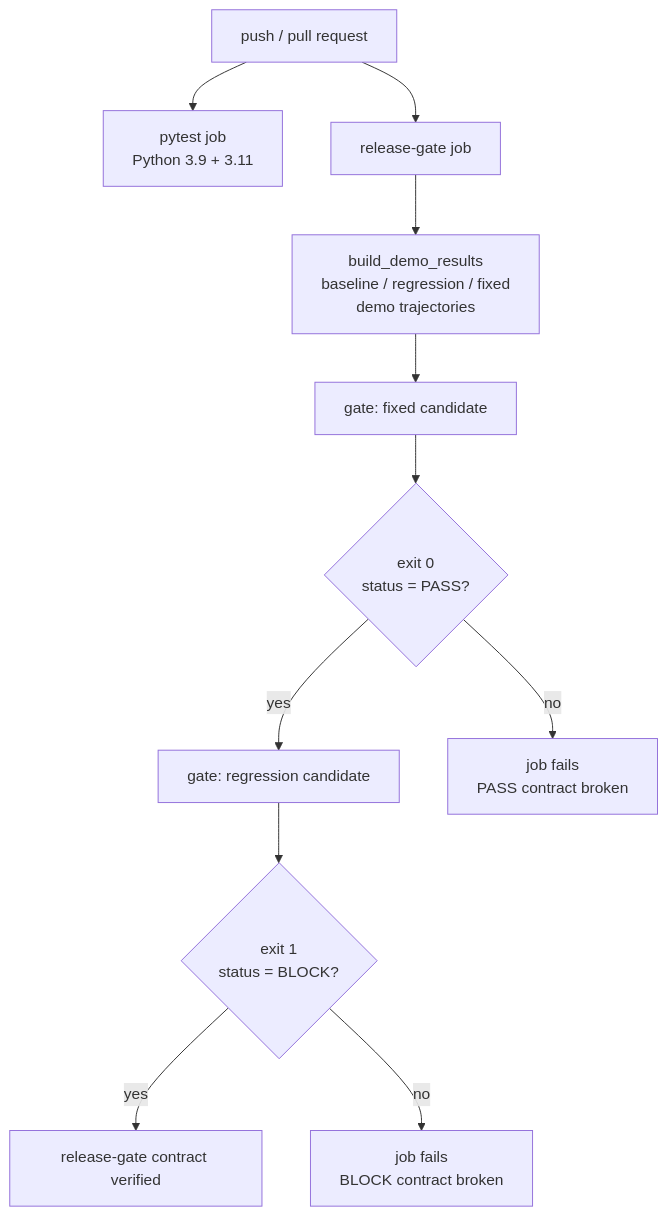
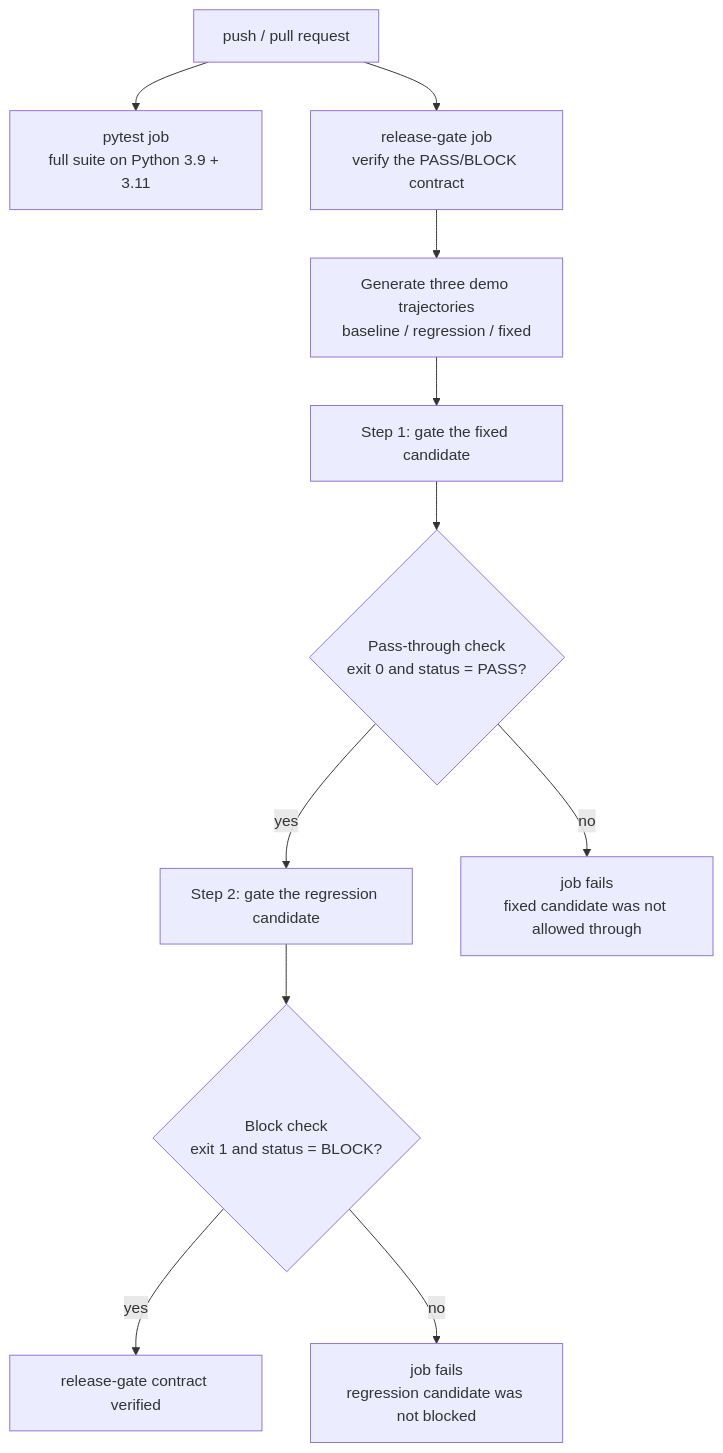
One commit to Ricardu255/TrajectEvo changed the diagram in README.md. Above: the diagram before and after it, drawn with Mermaid. The commit also changed other lines of this file and 1 other file, not shown here.

Commit message:
Rewrite the CI section: two-step gate verification in prose and diagram
The intro now spells out the pass-through check (fixed candidate must be allowed, exit 0 / PASS) and the block check (regression candidate must be blocked, exit 1 / BLOCK); the diagram labels mirror those terms and the failure nodes state exactly which check failed.

````diff
--- a/README.md
+++ b/README.md
@@ -119,13 +123,13 @@
 ```mermaid
 flowchart TD
-    Trigger["push / pull request"] --> Pytest["pytest job<br/>Python 3.9 + 3.11"]
-    Trigger --> Gate["release-gate job"]
-    Gate --> Gen["build_demo_results<br/>baseline / regression / fixed<br/>demo trajectories"]
-    Gen --> FixedGate["gate: fixed candidate"]
-    FixedGate --> PassCheck{"exit 0<br/>status = PASS?"}
-    PassCheck -- "yes" --> RegGate["gate: regression candidate"]
-    PassCheck -- "no" --> Fail1["job fails<br/>PASS contract broken"]
-    RegGate --> BlockCheck{"exit 1<br/>status = BLOCK?"}
+    Trigger["push / pull request"] --> Pytest["pytest job<br/>full suite on Python 3.9 + 3.11"]
+    Trigger --> Gate["release-gate job<br/>verify the PASS/BLOCK contract"]
+    Gate --> Gen["Generate three demo trajectories<br/>baseline / regression / fixed"]
+    Gen --> FixedGate["Step 1: gate the fixed candidate"]
+    FixedGate --> PassCheck{"Pass-through check<br/>exit 0 and status = PASS?"}
+    PassCheck -- "yes" --> RegGate["Step 2: gate the regression candidate"]
+    PassCheck -- "no" --> Fail1["job fails<br/>fixed candidate was not allowed through"]
+    RegGate --> BlockCheck{"Block check<br/>exit 1 and status = BLOCK?"}
     BlockCheck -- "yes" --> Ok["release-gate contract verified"]
-    BlockCheck -- "no" --> Fail2["job fails<br/>BLOCK contract broken"]
+    BlockCheck -- "no" --> Fail2["job fails<br/>regression candidate was not blocked"]
 ```
````
